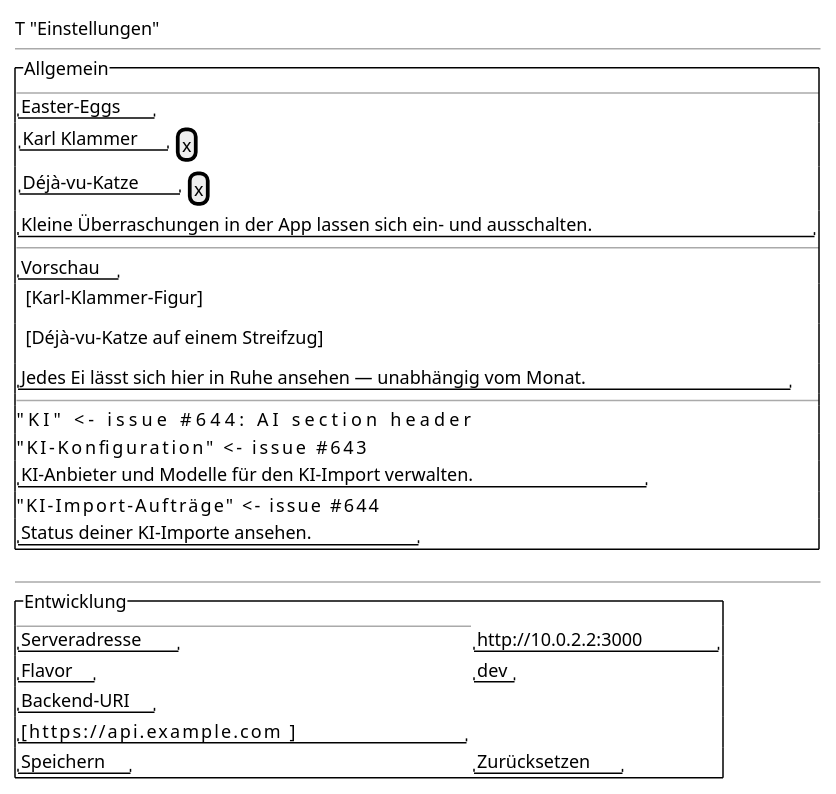
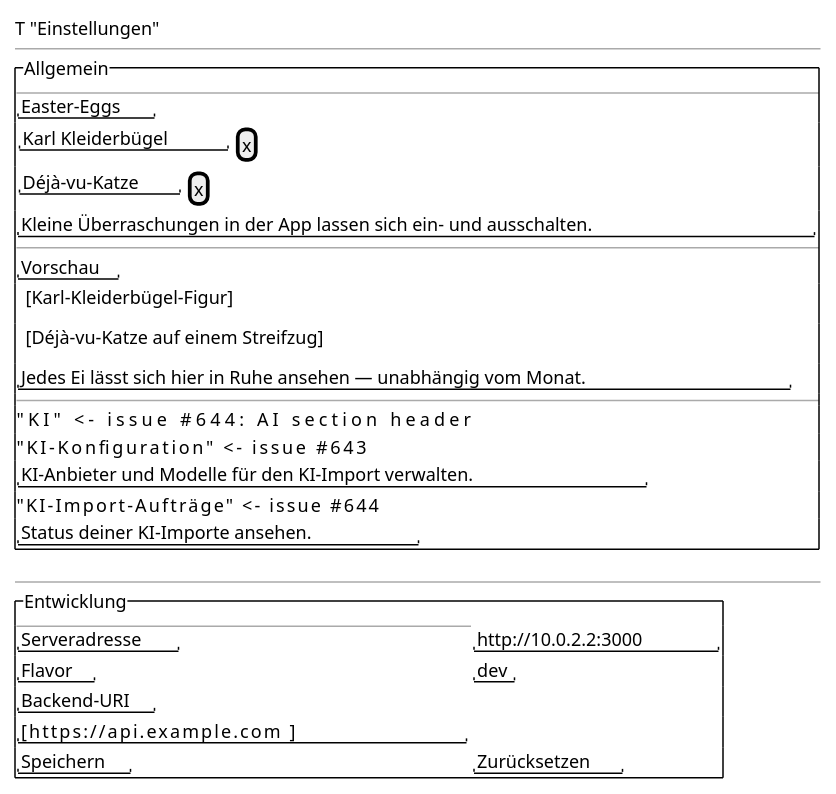
The diagram in docs/design/screens/settings.md (tradem/breakdown-rs), drawn with PlantUML before and after one commit. The commit also changed other lines of this file and 83 other files, not shown here.

````diff
--- a/docs/design/screens/settings.md
+++ b/docs/design/screens/settings.md
@@ -36,35 +36,35 @@
 ```plantuml
 @startsalt
 {
   T "Einstellungen"
   --
   {^ "Allgemein"
     --
     "Easter-Eggs"
-    { "Karl Klammer" | [x] }
+    { "Karl Kleiderbügel" | [x] }
     { "Déjà-vu-Katze" | [x] }
     "Kleine Überraschungen in der App lassen sich ein- und ausschalten."
     --
     "Vorschau"
-    {^ [Karl-Klammer-Figur] }
+    {^ [Karl-Kleiderbügel-Figur] }
     {^ [Déjà-vu-Katze auf einem Streifzug] }
     "Jedes Ei lässt sich hier in Ruhe ansehen — unabhängig vom Monat."
     --
     "KI"                                 <- issue #644: AI section header
     "KI-Konfiguration"                  <- issue #643
     "KI-Anbieter und Modelle für den KI-Import verwalten."
     "KI-Import-Aufträge"                <- issue #644
     "Status deiner KI-Importe ansehen."
   }
   --
   {^ "Entwicklung"
     --
     "Serveradresse" | "http://10.0.2.2:3000"
     "Flavor" | "dev"
     "Backend-URI"
     "[https://api.example.com            ]"
     "Speichern" | "Zurücksetzen"
   }
 }
 @endsalt
 ```
````
